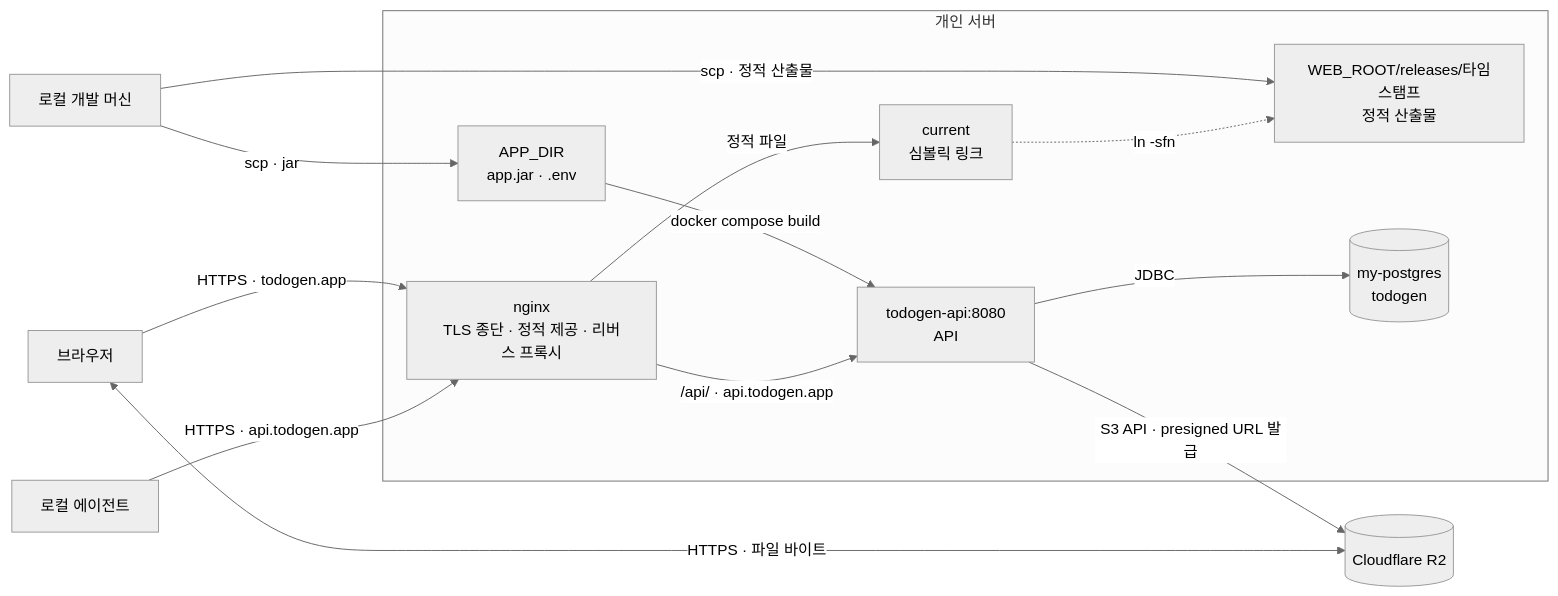
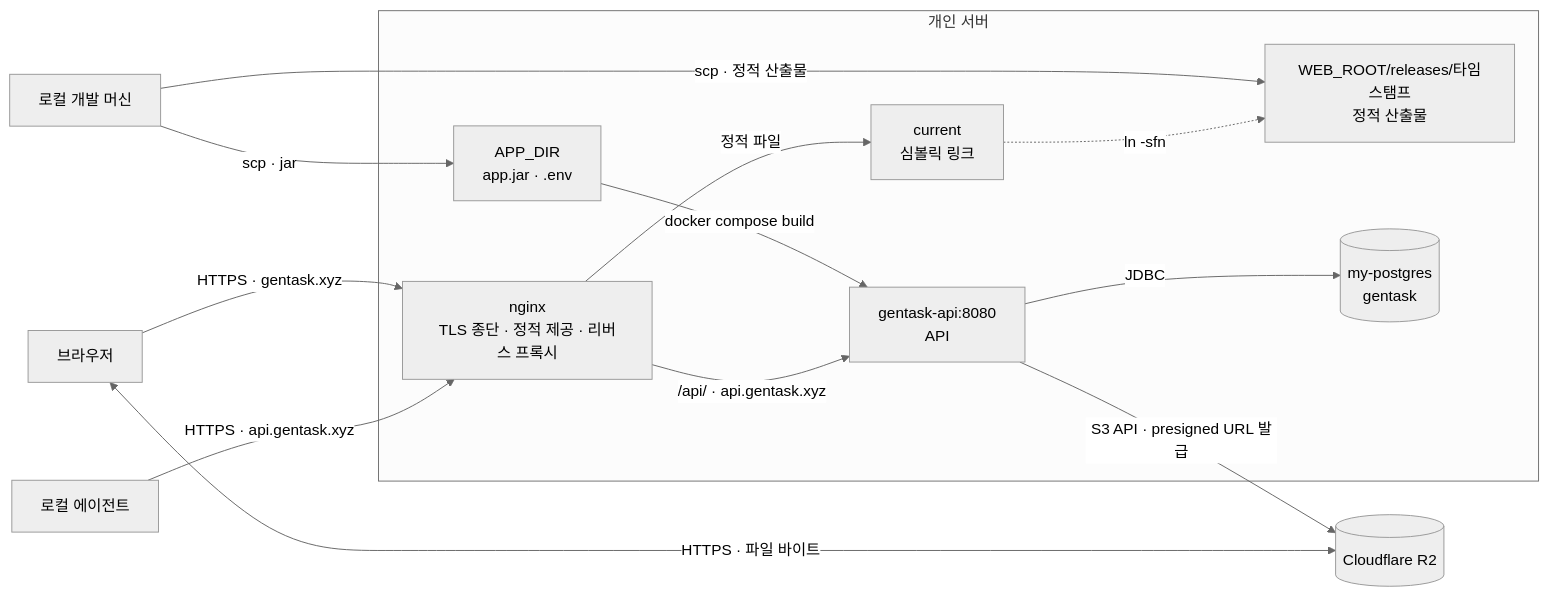
Before and after one commit to dev-goraebap/gentask: the diagram in docs/architecture/07-deployment-view.md, drawn with Mermaid (neutral theme). The commit also changed other lines of this file and 327 other files, not shown here.

````diff
--- a/docs/architecture/07-deployment-view.md
+++ b/docs/architecture/07-deployment-view.md
@@ -5,28 +5,28 @@
 ```mermaid
 flowchart LR
     dev["로컬 개발 머신"]
     browser["브라우저"]
     agent["로컬 에이전트"]
     r2[("Cloudflare R2")]
 
     subgraph host["개인 서버"]
         release["WEB_ROOT/releases/타임스탬프<br/>정적 산출물"]
         current["current<br/>심볼릭 링크"]
         staging["APP_DIR<br/>app.jar · .env"]
         nginx["nginx<br/>TLS 종단 · 정적 제공 · 리버스 프록시"]
-        api["todogen-api:8080<br/>API"]
-        db[("my-postgres<br/>todogen")]
+        api["gentask-api:8080<br/>API"]
+        db[("my-postgres<br/>gentask")]
     end
 
     dev -- "scp · 정적 산출물" --> release
     dev -- "scp · jar" --> staging
     current -. "ln -sfn" .-> release
     staging -- "docker compose build" --> api
-    browser -- "HTTPS · todogen.app" --> nginx
-    agent -- "HTTPS · api.todogen.app" --> nginx
+    browser -- "HTTPS · gentask.xyz" --> nginx
+    agent -- "HTTPS · api.gentask.xyz" --> nginx
     nginx -- "정적 파일" --> current
-    nginx -- "/api/ · api.todogen.app" --> api
+    nginx -- "/api/ · api.gentask.xyz" --> api
     api -- "JDBC" --> db
     api -- "S3 API · presigned URL 발급" --> r2
     browser <-- "HTTPS · 파일 바이트" --> r2
 ```
````
